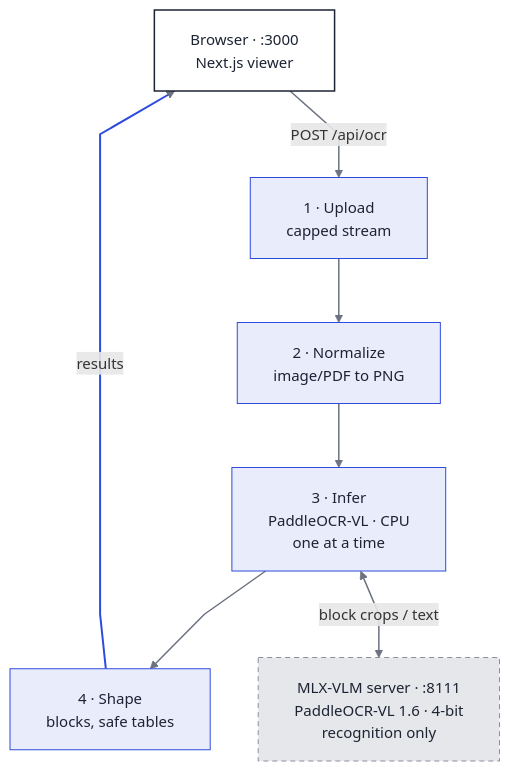
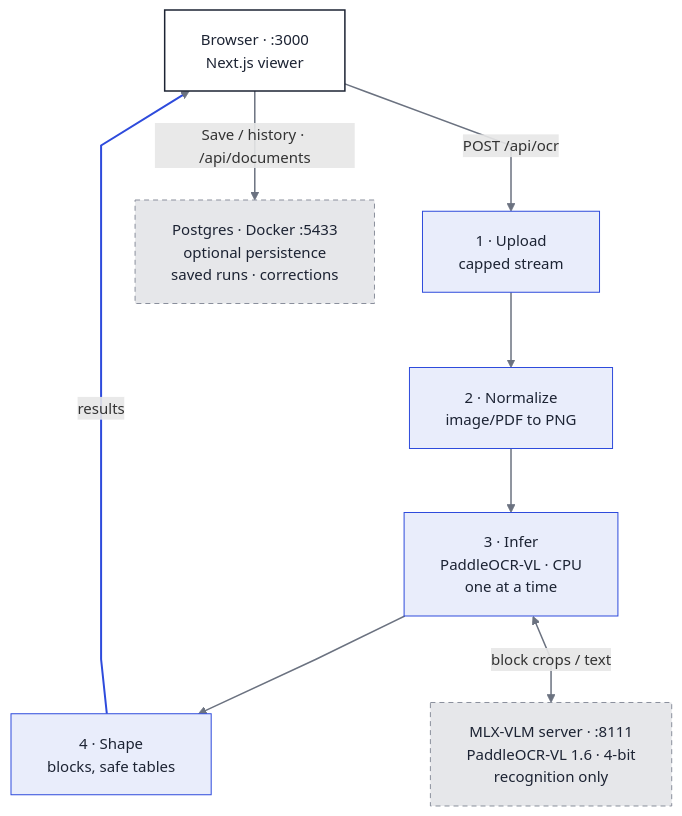
One commit to Ethanlam123/invoice_ocr changed the diagram in README.md. Above: the diagram before and after it, drawn with Mermaid. The commit also changed other lines of this file and 14 other files, not shown here.

First line of the commit message:
feat(history): explicit save, /history browse page, delete

````diff
--- a/README.md
+++ b/README.md
@@ -24,24 +25,26 @@
 ```mermaid
 %%{init: {"flowchart": {"curve": "linear", "nodeSpacing": 48, "rankSpacing": 64, "padding": 18}, "themeVariables": {"fontSize": "15px"}}}%%
 flowchart TB
     UI["Browser · :3000<br/>Next.js viewer"]
     S1["1 · Upload<br/>capped stream"]
     S2["2 · Normalize<br/>image/PDF to PNG"]
     S3["3 · Infer<br/>PaddleOCR-VL · CPU<br/>one at a time"]
     S4["4 · Shape<br/>blocks, safe tables"]
     VLM["MLX-VLM server · :8111<br/>PaddleOCR-VL 1.6 · 4-bit<br/>recognition only"]
+    DB["Postgres · Docker :5433<br/>optional persistence<br/>saved runs · corrections"]
 
     UI -->|"POST /api/ocr"| S1
     S1 --> S2 --> S3 --> S4
     S4 -->|"results"| UI
     S3 <-->|"block crops / text"| VLM
+    UI -->|"Save / history · /api/documents"| DB
 
     classDef browser fill:#ffffff,stroke:#1c2333,color:#1c2333,stroke-width:1.5px
     classDef stage fill:#e9edfb,stroke:#2e4bdc,color:#1c2333
     classDef model fill:#e6e7ea,stroke:#8a8f9c,color:#1c2333,stroke-dasharray:5 4
     class UI browser
     class S1,S2,S3,S4 stage
-    class VLM model
+    class VLM,DB model
     linkStyle default stroke:#6b7280,stroke-width:1.5px
     linkStyle 4 stroke:#2e4bdc,stroke-width:2px
 ```
````
